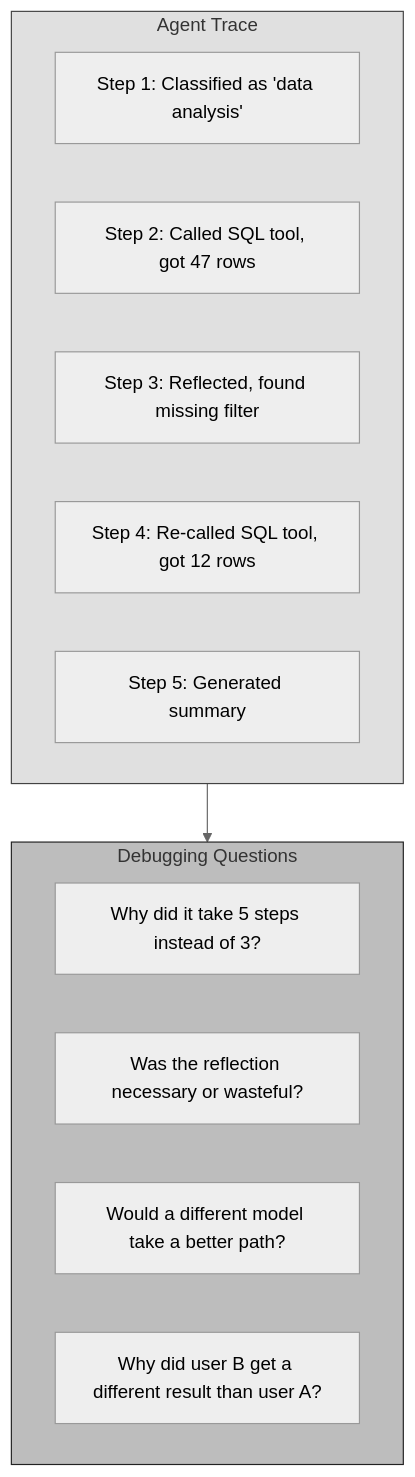
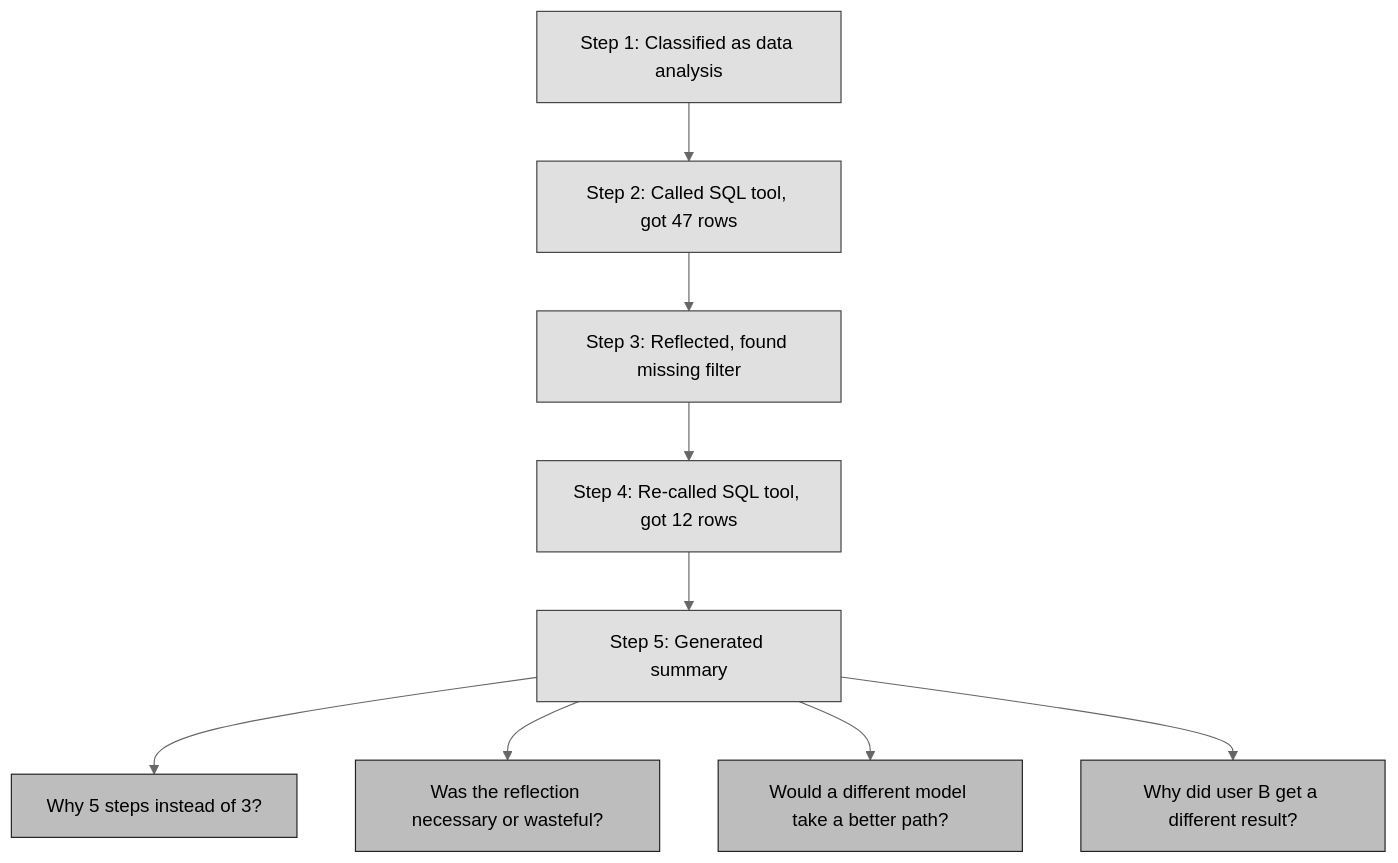
Before and after one commit to Shekharrajak/agent-design-patterns: the tenth of 13 diagrams in docs/posts/09-deep-challenges.md, drawn with Mermaid (neutral theme). The commit also changed other lines of this file and 7 other files, not shown here.

Commit message:
fix: resolve Mermaid rendering issues across all chapters

````diff
--- a/docs/posts/09-deep-challenges.md
+++ b/docs/posts/09-deep-challenges.md
@@ -262,22 +229,18 @@
 ```mermaid
 graph TD
-    subgraph TRACE["Agent Trace"]
-        T1["Step 1: Classified as 'data analysis'"]
-        T2["Step 2: Called SQL tool, got 47 rows"]
-        T3["Step 3: Reflected, found missing filter"]
-        T4["Step 4: Re-called SQL tool, got 12 rows"]
-        T5["Step 5: Generated summary"]
-    end
+    T1["Step 1: Classified as data analysis"] --> T2["Step 2: Called SQL tool, got 47 rows"] --> T3["Step 3: Reflected, found missing filter"] --> T4["Step 4: Re-called SQL tool, got 12 rows"] --> T5["Step 5: Generated summary"]
+    T5 --> D1["Why 5 steps instead of 3?"]
+    T5 --> D2["Was the reflection necessary or wasteful?"]
+    T5 --> D3["Would a different model take a better path?"]
+    T5 --> D4["Why did user B get a different result?"]
 
-    subgraph DEBUG["Debugging Questions"]
-        D1["Why did it take 5 steps instead of 3?"]
-        D2["Was the reflection necessary or wasteful?"]
-        D3["Would a different model take a better path?"]
-        D4["Why did user B get a different result than user A?"]
-    end
-
-    TRACE --> DEBUG
-
-    style TRACE fill:#e0e0e0,stroke:#424242
-    style DEBUG fill:#bdbdbd,stroke:#212121
+    style T1 fill:#e0e0e0,stroke:#424242
+    style T2 fill:#e0e0e0,stroke:#424242
+    style T3 fill:#e0e0e0,stroke:#424242
+    style T4 fill:#e0e0e0,stroke:#424242
+    style T5 fill:#e0e0e0,stroke:#424242
+    style D1 fill:#bdbdbd,stroke:#212121
+    style D2 fill:#bdbdbd,stroke:#212121
+    style D3 fill:#bdbdbd,stroke:#212121
+    style D4 fill:#bdbdbd,stroke:#212121
 ```
````
